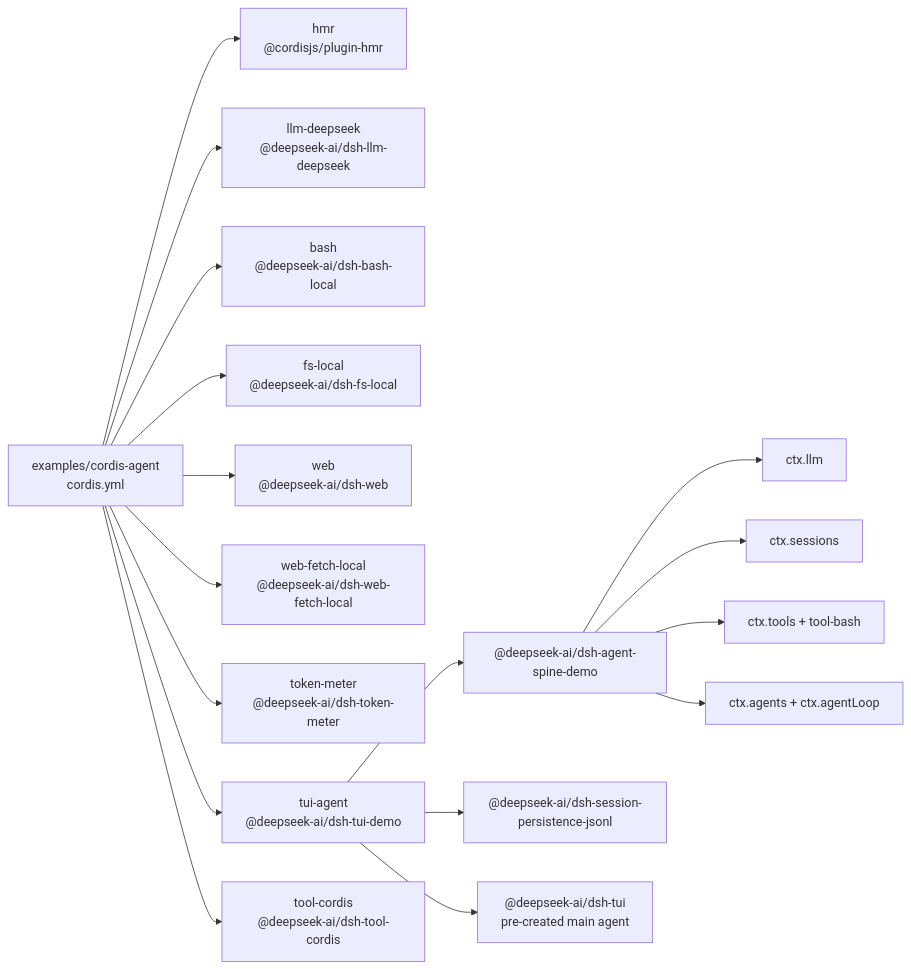
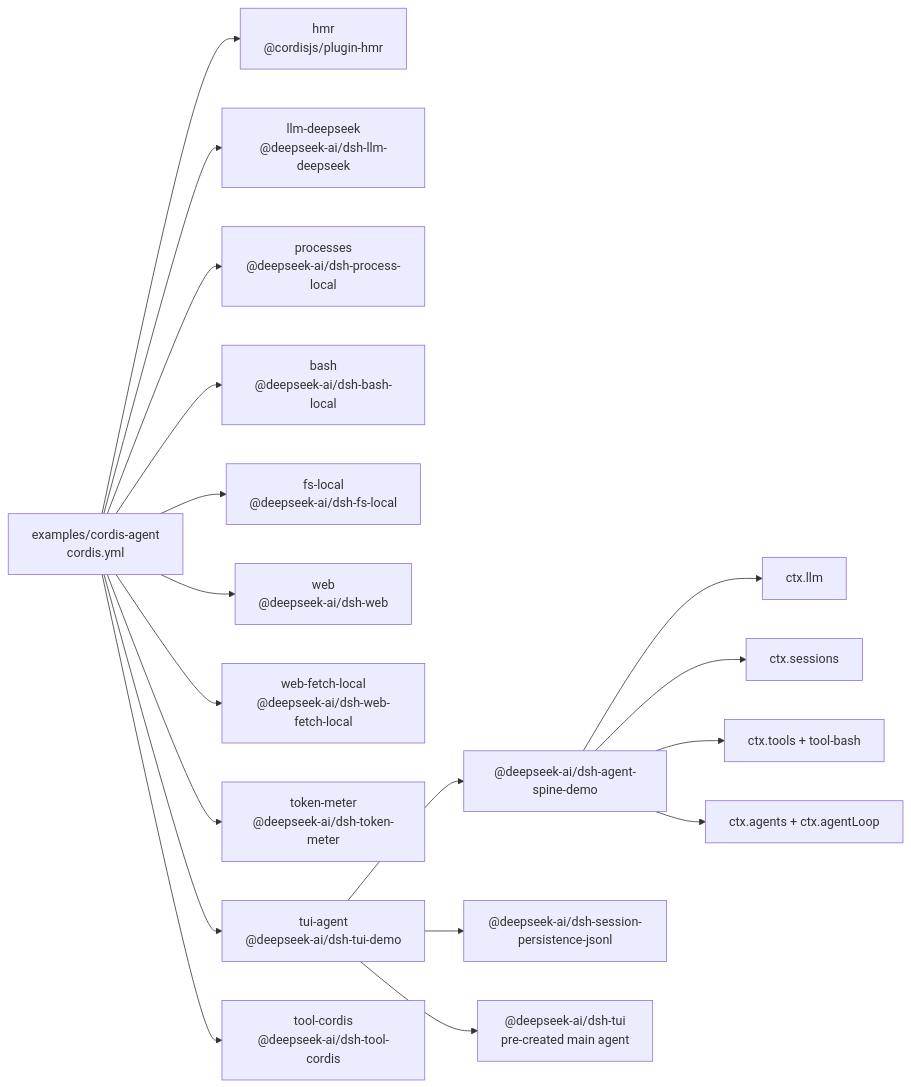
One commit to 007M7/DeepCode changed the diagram in examples/cordis-agent/composition.md. Above: the diagram before and after it, drawn with Mermaid. The commit also changed other lines of this file and 88 other files, not shown here.

````diff
--- a/examples/cordis-agent/composition.md
+++ b/examples/cordis-agent/composition.md
@@ -8,29 +8,31 @@
 ```mermaid
 flowchart LR
   cfg["examples/cordis-agent<br/>cordis.yml"]
   plugin_cordis_hmr["hmr<br/>@cordisjs/plugin-hmr"]
   cfg --> plugin_cordis_hmr
   plugin_cordis_llm_deepseek["llm-deepseek<br/>@deepseek-ai/dsh-llm-deepseek"]
   cfg --> plugin_cordis_llm_deepseek
+  plugin_cordis_processes["processes<br/>@deepseek-ai/dsh-process-local"]
+  cfg --> plugin_cordis_processes
   plugin_cordis_bash["bash<br/>@deepseek-ai/dsh-bash-local"]
   cfg --> plugin_cordis_bash
   plugin_cordis_fs_local["fs-local<br/>@deepseek-ai/dsh-fs-local"]
   cfg --> plugin_cordis_fs_local
   plugin_cordis_web["web<br/>@deepseek-ai/dsh-web"]
   cfg --> plugin_cordis_web
   plugin_cordis_web_fetch_local["web-fetch-local<br/>@deepseek-ai/dsh-web-fetch-local"]
   cfg --> plugin_cordis_web_fetch_local
   plugin_cordis_token_meter["token-meter<br/>@deepseek-ai/dsh-token-meter"]
   cfg --> plugin_cordis_token_meter
   plugin_cordis_tui_agent["tui-agent<br/>@deepseek-ai/dsh-tui-demo"]
   cfg --> plugin_cordis_tui_agent
   plugin_cordis_tui_agent --> bundle_agent_core["@deepseek-ai/dsh-agent-spine-demo"]
   plugin_cordis_tui_agent --> bundle_jsonl["@deepseek-ai/dsh-session-persistence-jsonl"]
   plugin_cordis_tui_agent --> frontdoor_tui["@deepseek-ai/dsh-tui<br/>pre-created main agent"]
   bundle_agent_core --> spine_llm["ctx.llm"]
   bundle_agent_core --> spine_sessions["ctx.sessions"]
   bundle_agent_core --> spine_tools["ctx.tools + tool-bash"]
   bundle_agent_core --> spine_loop["ctx.agents + ctx.agentLoop"]
   plugin_cordis_tool_cordis["tool-cordis<br/>@deepseek-ai/dsh-tool-cordis"]
   cfg --> plugin_cordis_tool_cordis
 ```
````
